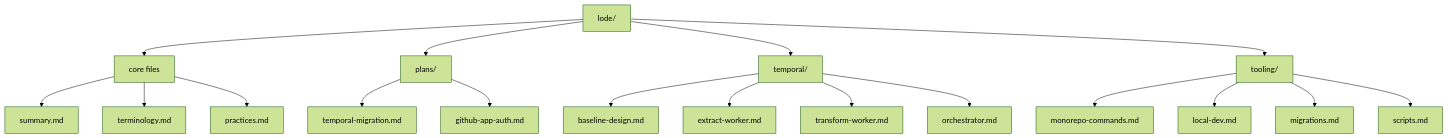
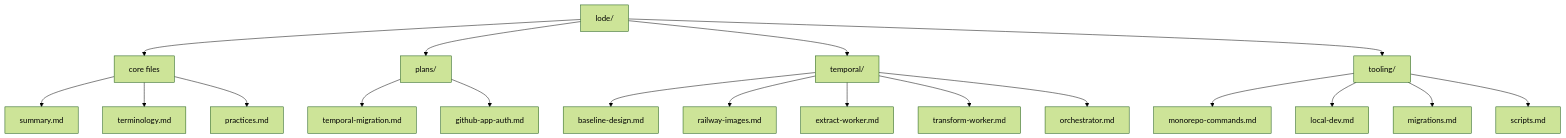
Before and after one commit to dxta-dev/pipeline: the diagram in lode/lode-map.md, drawn with Mermaid (forest theme). The commit also changed other lines of this file and 19 other files, not shown here.

````diff
--- a/lode/lode-map.md
+++ b/lode/lode-map.md
@@ -50,20 +52,21 @@
 ```mermaid
 flowchart TD
   lode[lode/] --> core[core files]
   lode --> plans[plans/]
   lode --> temporal[temporal/]
   lode --> tooling[tooling/]
   core --> summary[summary.md]
   core --> terminology[terminology.md]
   core --> practices[practices.md]
   plans --> migration[temporal-migration.md]
   plans --> githubAuth[github-app-auth.md]
   tooling --> commands[monorepo-commands.md]
   tooling --> localDev[local-dev.md]
   tooling --> migrations[migrations.md]
   tooling --> scripts[scripts.md]
   temporal --> baseline[baseline-design.md]
+  temporal --> railwayImages[railway-images.md]
   temporal --> extractWorker[extract-worker.md]
   temporal --> transformWorker[transform-worker.md]
   temporal --> orchestrator[orchestrator.md]
 ```
````
